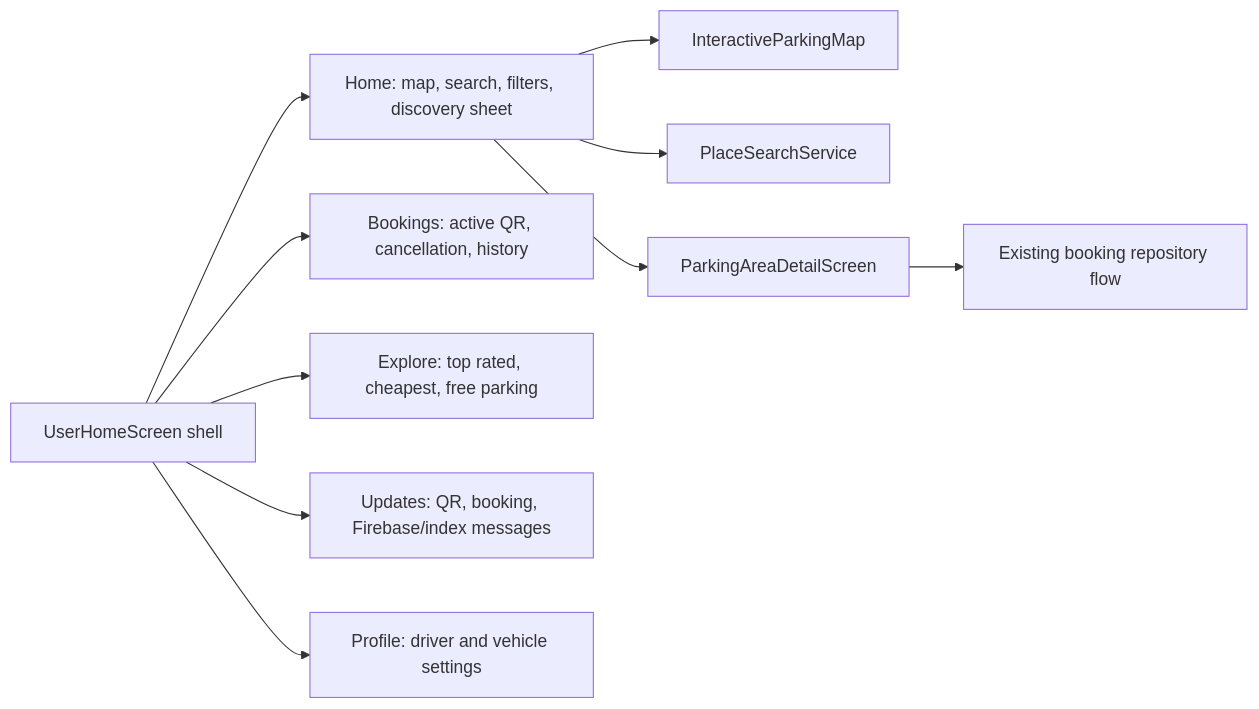
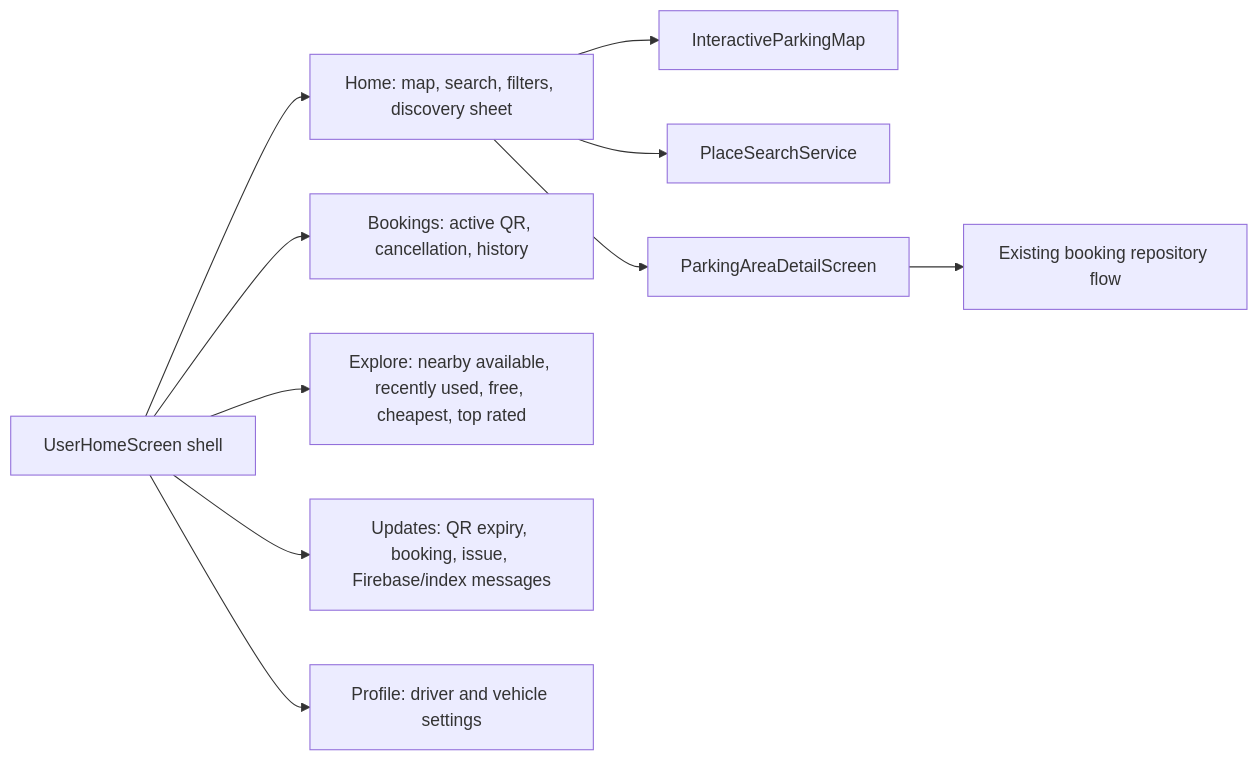
Before and after one commit to snehil-pandey/smart-parking-occupancy-system: the third of 14 diagrams in docs/ARCHITECTURE.md, drawn with Mermaid. The commit also changed other lines of this file and 9 other files, not shown here.

````diff
--- a/docs/ARCHITECTURE.md
+++ b/docs/ARCHITECTURE.md
@@ -45,12 +47,12 @@
 ```mermaid
 flowchart LR
   Shell["UserHomeScreen shell"] --> Home["Home: map, search, filters, discovery sheet"]
   Shell --> Bookings["Bookings: active QR, cancellation, history"]
-  Shell --> Explore["Explore: top rated, cheapest, free parking"]
-  Shell --> Updates["Updates: QR, booking, Firebase/index messages"]
+  Shell --> Explore["Explore: nearby available, recently used, free, cheapest, top rated"]
+  Shell --> Updates["Updates: QR expiry, booking, issue, Firebase/index messages"]
   Shell --> Profile["Profile: driver and vehicle settings"]
   Home --> Map["InteractiveParkingMap"]
   Home --> Search["PlaceSearchService"]
   Home --> Details["ParkingAreaDetailScreen"]
   Details --> Booking["Existing booking repository flow"]
 ```
````
